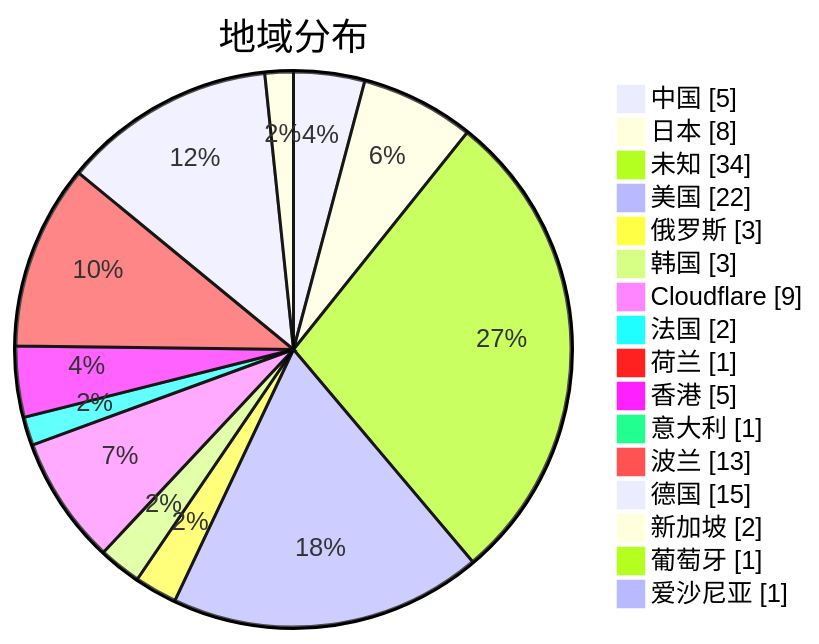
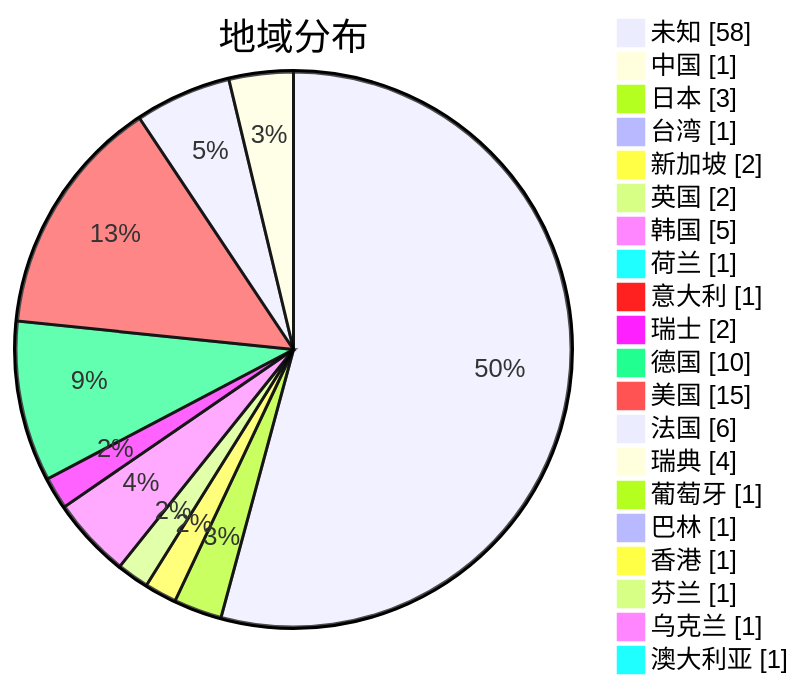
Before and after one commit to sinspired/airport: the second of 3 diagrams in subs/statistics/tested_within.md, drawn with Mermaid. The commit also changed other lines of this file and 2 other files, not shown here.

Commit message:
Committed by metaST

````diff
--- a/subs/statistics/tested_within.md
+++ b/subs/statistics/tested_within.md
@@ -12,20 +12,24 @@
 ```mermaid
 pie showData
 title 地域分布
-"中国" : 5
-"日本" : 8
-"未知" : 34
-"美国" : 22
-"俄罗斯" : 3
-"韩国" : 3
-"Cloudflare" : 9
-"法国" : 2
+"未知" : 58
+"中国" : 1
+"日本" : 3
+"台湾" : 1
+"新加坡" : 2
+"英国" : 2
+"韩国" : 5
 "荷兰" : 1
-"香港" : 5
 "意大利" : 1
-"波兰" : 13
-"德国" : 15
-"新加坡" : 2
+"瑞士" : 2
+"德国" : 10
+"美国" : 15
+"法国" : 6
+"瑞典" : 4
 "葡萄牙" : 1
-"爱沙尼亚" : 1
+"巴林" : 1
+"香港" : 1
+"芬兰" : 1
+"乌克兰" : 1
+"澳大利亚" : 1
 ```
````
